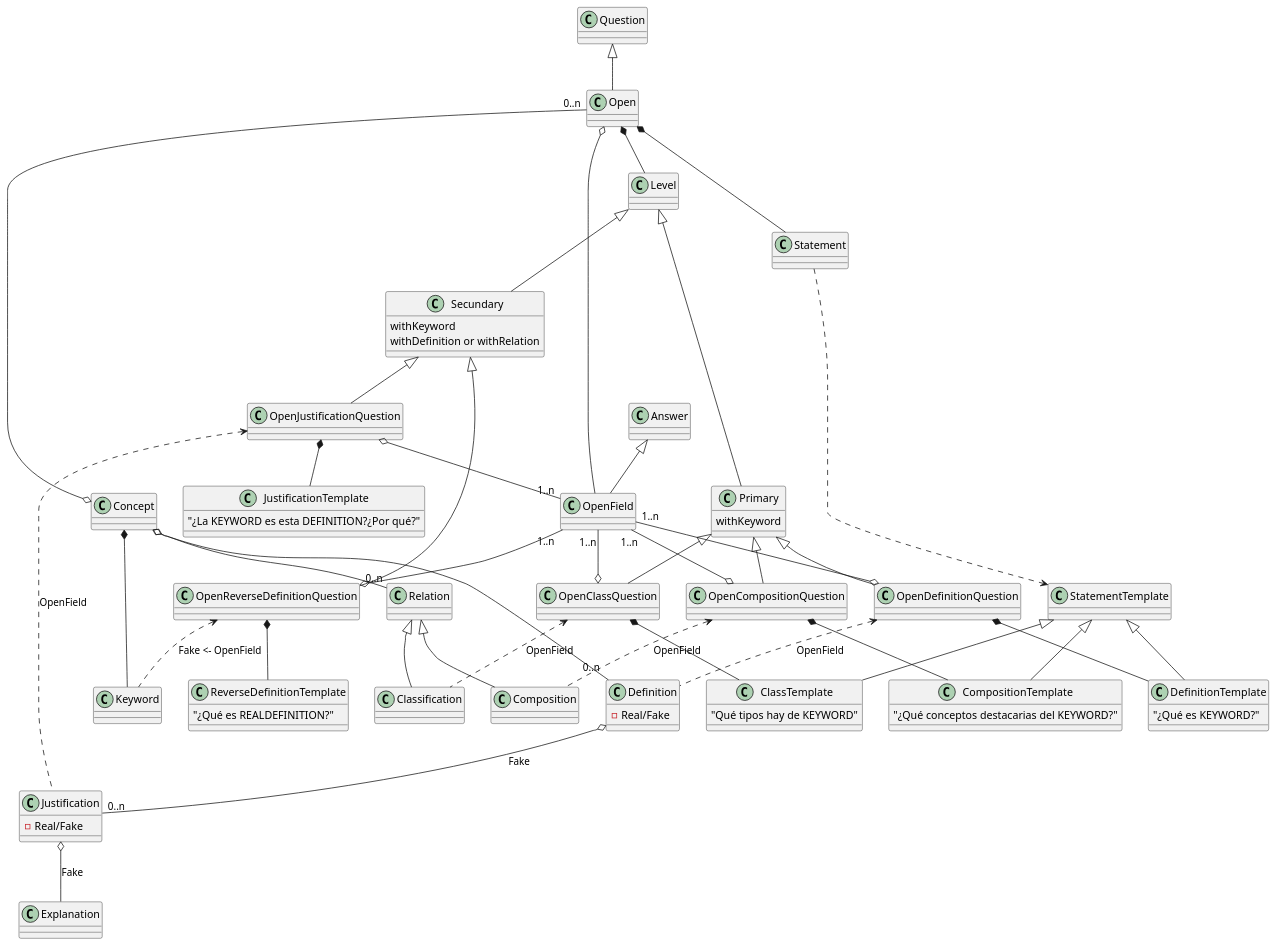
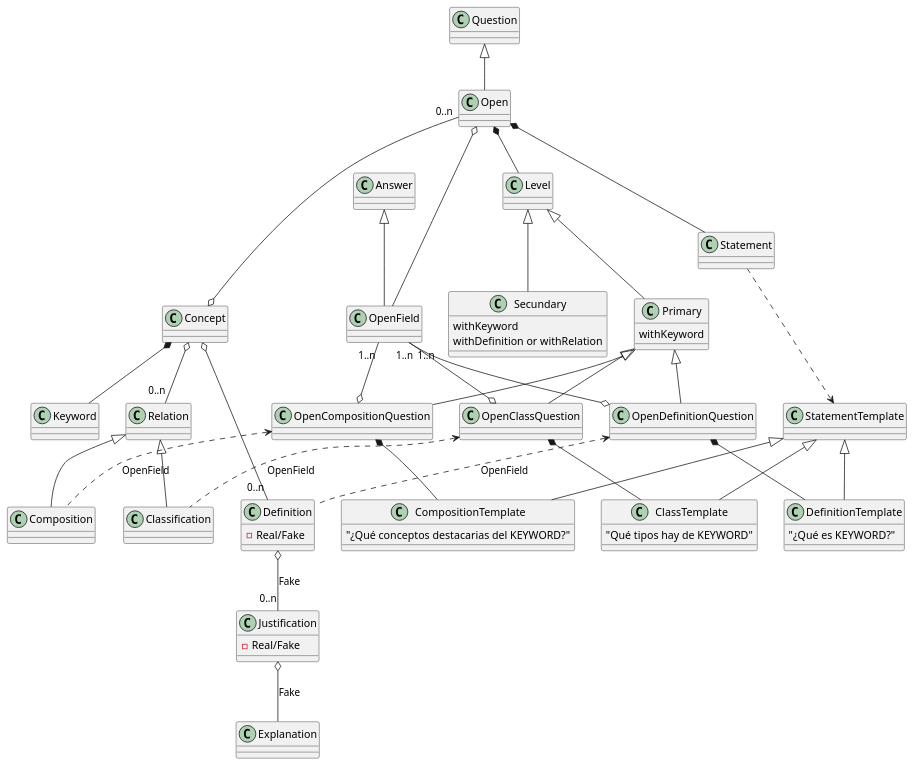
Before and after one commit to Joselon/ProyectoOpoTest: the diagram in doc/dominio_detail_concept.puml, drawn with PlantUML. The commit also changed 2 other files, not shown here.

Commit message:
Añadiendo subcaterios 0.1 fix Diagramas

```diff
--- a/doc/dominio_detail_concept.puml
+++ b/doc/dominio_detail_concept.puml
@@ -1,127 +1,127 @@
 @startuml ConceptDomainDetail
 
 class Concept
 
 class Keyword
 
 class Definition {
     -Real/Fake
 }
 
 class Justification {
     -Real/Fake
 }
 
 class Explanation
 
 class Relation
 
 class Classification
 
 class Composition
 
 class Level
 
 class Primary {
     withKeyword
 }
 
 class Secundary {
     withKeyword
     withDefinition or withRelation
 }
 
 class OpenDefinitionQuestion
 
 class OpenClassQuestion
 
 class OpenCompositionQuestion
 
-class OpenReverseDefinitionQuestion
+'class OpenReverseDefinitionQuestion
 
-class OpenJustificationQuestion
+'class OpenJustificationQuestion
 
 class Question
 
 class Open
 
 class Statement
 
 class StatementTemplate
 
 
 class DefinitionTemplate {
     "¿Qué es KEYWORD?"
 }
 
 class ClassTemplate {
     "Qué tipos hay de KEYWORD"
 }
 
 class CompositionTemplate {
     "¿Qué conceptos destacarias del KEYWORD?"
 }
 
-class JustificationTemplate {
-    "¿La KEYWORD es esta DEFINITION?¿Por qué?"
-}
+'class JustificationTemplate {
+'    "¿La KEYWORD es esta DEFINITION?¿Por qué?"
+'}
 
-class ReverseDefinitionTemplate {
-    "¿Qué es REALDEFINITION?"
-}
+'class ReverseDefinitionTemplate {
+'    "¿Qué es REALDEFINITION?"
+'}
 
 class Answer
 
 class OpenField
 
 Question <|-- Open
 Open "0..n" -o Concept
 Answer <|-- OpenField
 Open o-- OpenField
 Open *-- Level
 Open *-- Statement
 Statement ..> StatementTemplate
 
 Concept *-- Keyword
 Concept o--"0..n" Definition
 Definition o-- "0..n" Justification:Fake
 Justification o-- Explanation:Fake
 
 Concept o-- "0..n" Relation
 Relation <|-- Classification
 Relation <|-- Composition
 'Relation -->"1..m" Concept
 
 Level <|-- Primary
 Level <|-- Secundary
 
 StatementTemplate <|-- DefinitionTemplate
 StatementTemplate <|-- ClassTemplate
 StatementTemplate <|-- CompositionTemplate
 
 Primary <|-- OpenDefinitionQuestion
 OpenDefinitionQuestion *-- DefinitionTemplate
 OpenField "1..n" --o OpenDefinitionQuestion
 OpenDefinitionQuestion <.. Definition: OpenField
 
 Primary <|-- OpenClassQuestion
 OpenClassQuestion *-- ClassTemplate
 OpenField "1..n"--o OpenClassQuestion
 OpenClassQuestion <.. Classification :OpenField
 
 Primary <|-- OpenCompositionQuestion
 OpenCompositionQuestion *-- CompositionTemplate
 OpenField "1..n"--o OpenCompositionQuestion
 OpenCompositionQuestion <.. Composition :OpenField
 
-Secundary <|-- OpenReverseDefinitionQuestion
-OpenReverseDefinitionQuestion *-- ReverseDefinitionTemplate
-OpenField "1..n" --o OpenReverseDefinitionQuestion
-OpenReverseDefinitionQuestion <.. Keyword :Fake <- OpenField
+'Secundary <|-- OpenReverseDefinitionQuestion
+'OpenReverseDefinitionQuestion *-- ReverseDefinitionTemplate
+'OpenField "1..n" --o OpenReverseDefinitionQuestion
+'OpenReverseDefinitionQuestion <.. Keyword :Fake <- OpenField
 
-Secundary <|-- OpenJustificationQuestion
-OpenJustificationQuestion *-- JustificationTemplate
-OpenJustificationQuestion o--"1..n" OpenField
-OpenJustificationQuestion <.. Justification :OpenField
+'Secundary <|-- OpenJustificationQuestion
+'OpenJustificationQuestion *-- JustificationTemplate
+'OpenJustificationQuestion o--"1..n" OpenField
+'OpenJustificationQuestion <.. Justification :OpenField
 
 @enduml
```
